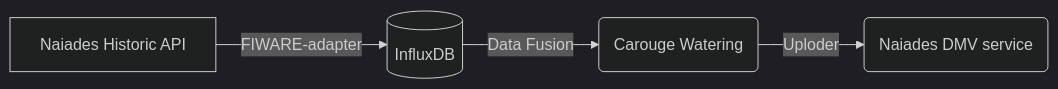
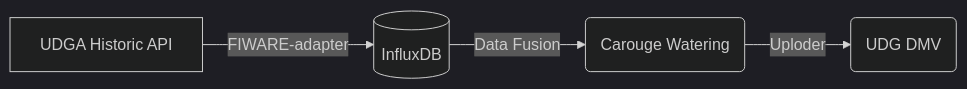
One commit to naiades-jsi/documentation changed the first of 3 diagrams in README.md. Above: the diagram before and after it, drawn with Mermaid (dark theme). The commit also changed other lines of this file, not shown here.

Commit message:
Schemas for Alicante and Braila

````diff
--- a/README.md
+++ b/README.md
@@ -79,6 +79,6 @@
 ```mermaid
 graph LR
-    A[Naiades Historic API] --> |FIWARE-adapter| B[(InfluxDB)]
+    A[UDGA Historic API] --> |FIWARE-adapter| B[(InfluxDB)]
     B --> |Data Fusion| C(Carouge Watering)
-    C --> |Uploder| D(Naiades DMV service)
+    C --> |Uploder| D(UDG DMV)
 ```
````
